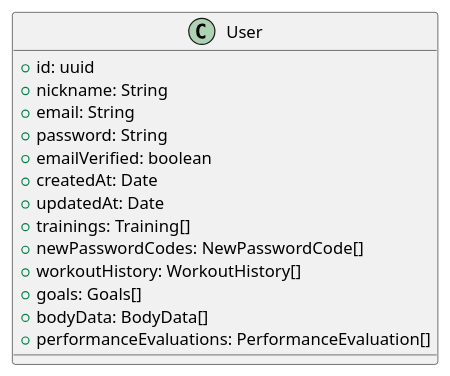
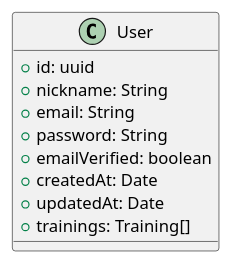
The diagram in uml/User/entity.wsd (LucasReisV1337/api-gym), drawn with PlantUML before and after one commit. The commit also changed 16 other files, not shown here.

```diff
--- a/uml/User/entity.wsd
+++ b/uml/User/entity.wsd
@@ -1,19 +1,14 @@
 @startuml
 
 class User {
   + id: uuid
   + nickname: String
   + email: String
   + password: String
   + emailVerified: boolean
   + createdAt: Date
   + updatedAt: Date
   + trainings: Training[]
-  + newPasswordCodes: NewPasswordCode[]
-  + workoutHistory: WorkoutHistory[]
-  + goals: Goals[]
-  + bodyData: BodyData[]
-  + performanceEvaluations: PerformanceEvaluation[]
-}
+  }
 
 @enduml
```
